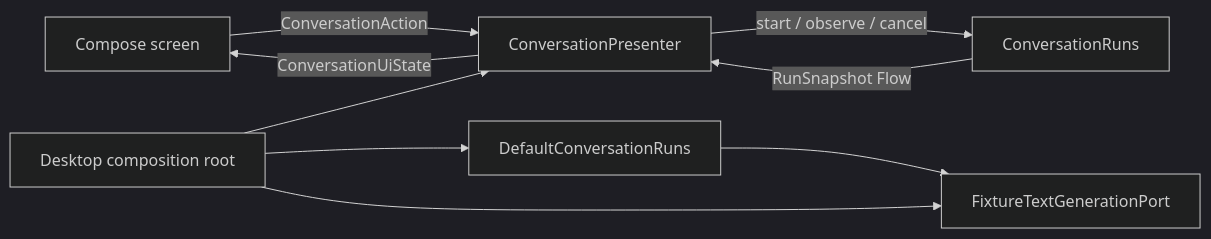
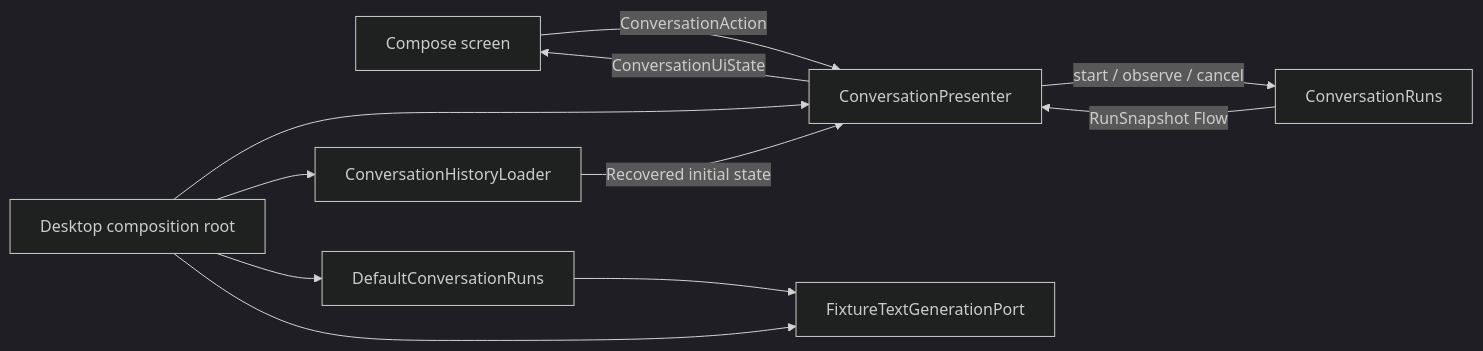
Before and after one commit to artemidius/blowhard: the diagram in docs/architecture/conversation-presentation.md, drawn with Mermaid (dark theme). The commit also changed other lines of this file and 4 other files, not shown here.

Commit message:
docs: explain desktop history startup

````diff
--- a/docs/architecture/conversation-presentation.md
+++ b/docs/architecture/conversation-presentation.md
@@ -6,12 +6,14 @@
 ```mermaid
 flowchart LR
     UI[Compose screen] -->|ConversationAction| Presenter[ConversationPresenter]
     Presenter -->|start / observe / cancel| API[ConversationRuns]
     API -->|RunSnapshot Flow| Presenter
     Presenter -->|ConversationUiState| UI
 
     Desktop[Desktop composition root] --> Presenter
+    Desktop --> History[ConversationHistoryLoader]
+    History -->|Recovered initial state| Presenter
     Desktop --> Lifecycle[DefaultConversationRuns]
     Desktop --> Fixture[FixtureTextGenerationPort]
     Lifecycle --> Fixture
 ```
````
